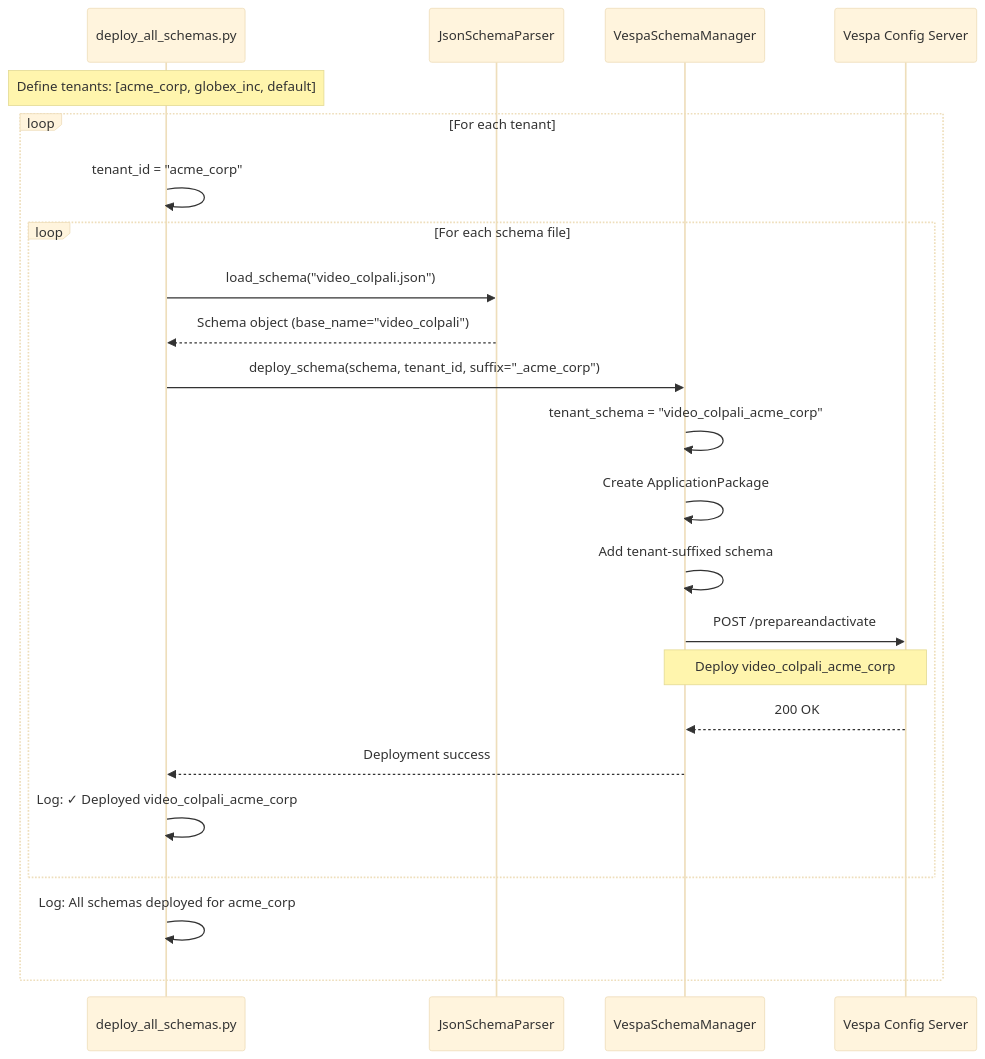
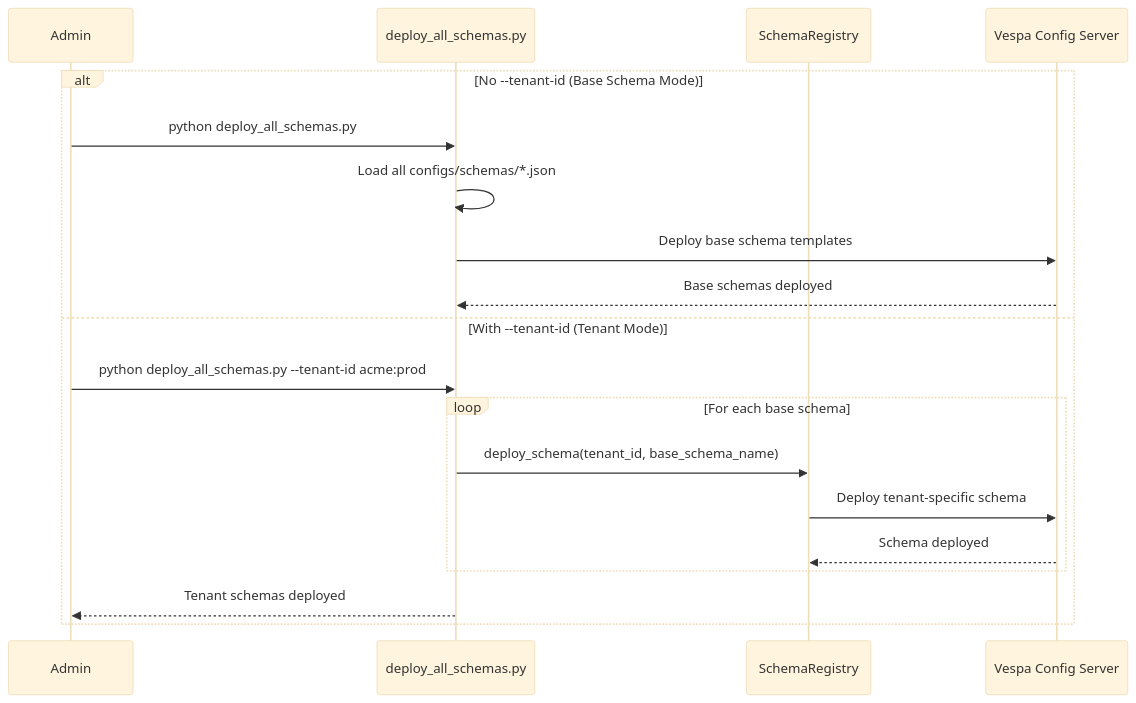
Before and after one commit to amit-jain/cogniverse: the fifth of 19 diagrams in docs/diagrams/multi-tenant-diagrams.md, drawn with Mermaid (base theme). The commit also changed other lines of this file and 83 other files, not shown here.

First line of the commit message:
Fix documentation veracity, formatting, and diagrams across all modules

````diff
--- a/docs/diagrams/multi-tenant-diagrams.md
+++ b/docs/diagrams/multi-tenant-diagrams.md
@@ -193,33 +236,22 @@
 ```mermaid
 sequenceDiagram
+    participant Admin as Admin
     participant Script as deploy_all_schemas.py
-    participant Parser as JsonSchemaParser
-    participant Manager as VespaSchemaManager
+    participant Registry as SchemaRegistry
     participant Vespa as Vespa Config Server
 
-    Note over Script: Define tenants: [acme_corp, globex_inc, default]
-
-    loop For each tenant
-        Script->>Script: tenant_id = "acme_corp"
-
-        loop For each schema file
-            Script->>Parser: load_schema("video_colpali.json")
-            Parser-->>Script: Schema object (base_name="video_colpali")
-
-            Script->>Manager: deploy_schema(schema, tenant_id, suffix="_acme_corp")
-            Manager->>Manager: tenant_schema = "video_colpali_acme_corp"
-            Manager->>Manager: Create ApplicationPackage
-            Manager->>Manager: Add tenant-suffixed schema
-
-            Manager->>Vespa: POST /prepareandactivate
-            Note over Manager,Vespa: Deploy video_colpali_acme_corp
-            Vespa-->>Manager: 200 OK
-
-            Manager-->>Script: Deployment success
-
-            Script->>Script: Log: ✓ Deployed video_colpali_acme_corp
+    alt No --tenant-id (Base Schema Mode)
+        Admin->>Script: python deploy_all_schemas.py
+        Script->>Script: Load all configs/schemas/*.json
+        Script->>Vespa: Deploy base schema templates
+        Vespa-->>Script: Base schemas deployed
+    else With --tenant-id (Tenant Mode)
+        Admin->>Script: python deploy_all_schemas.py --tenant-id acme:prod
+        loop For each base schema
+            Script->>Registry: deploy_schema(tenant_id, base_schema_name)
+            Registry->>Vespa: Deploy tenant-specific schema
+            Vespa-->>Registry: Schema deployed
         end
-
-        Script->>Script: Log: All schemas deployed for acme_corp
+        Script-->>Admin: Tenant schemas deployed
     end
 ```
````
